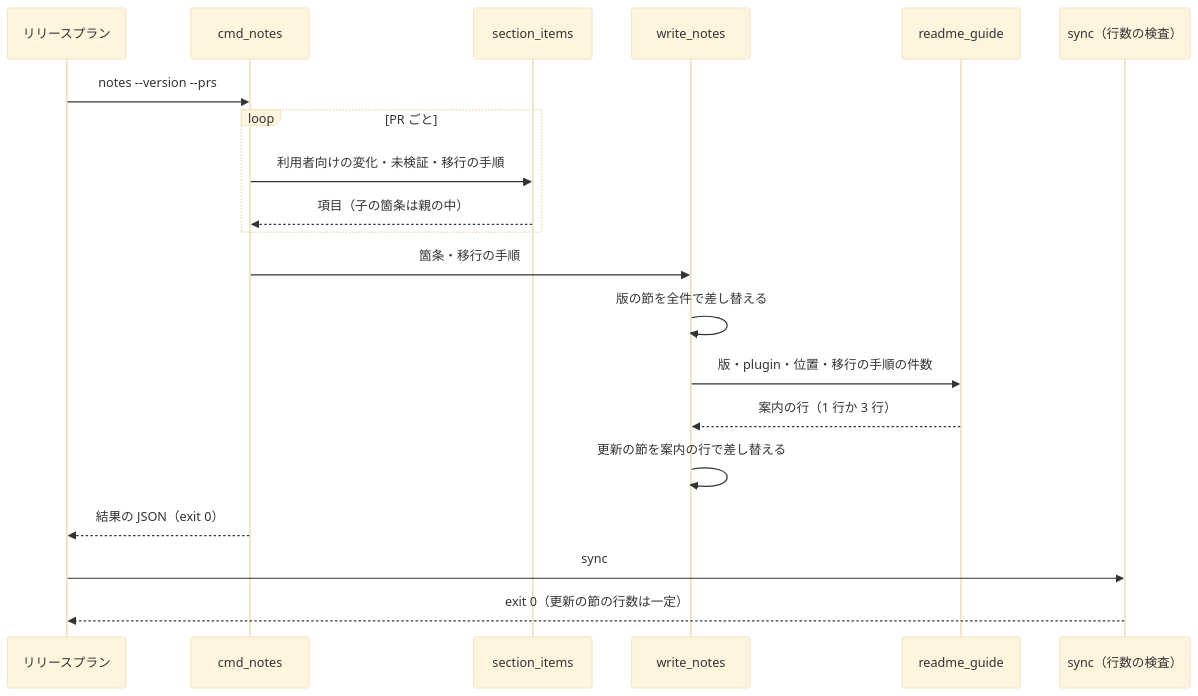
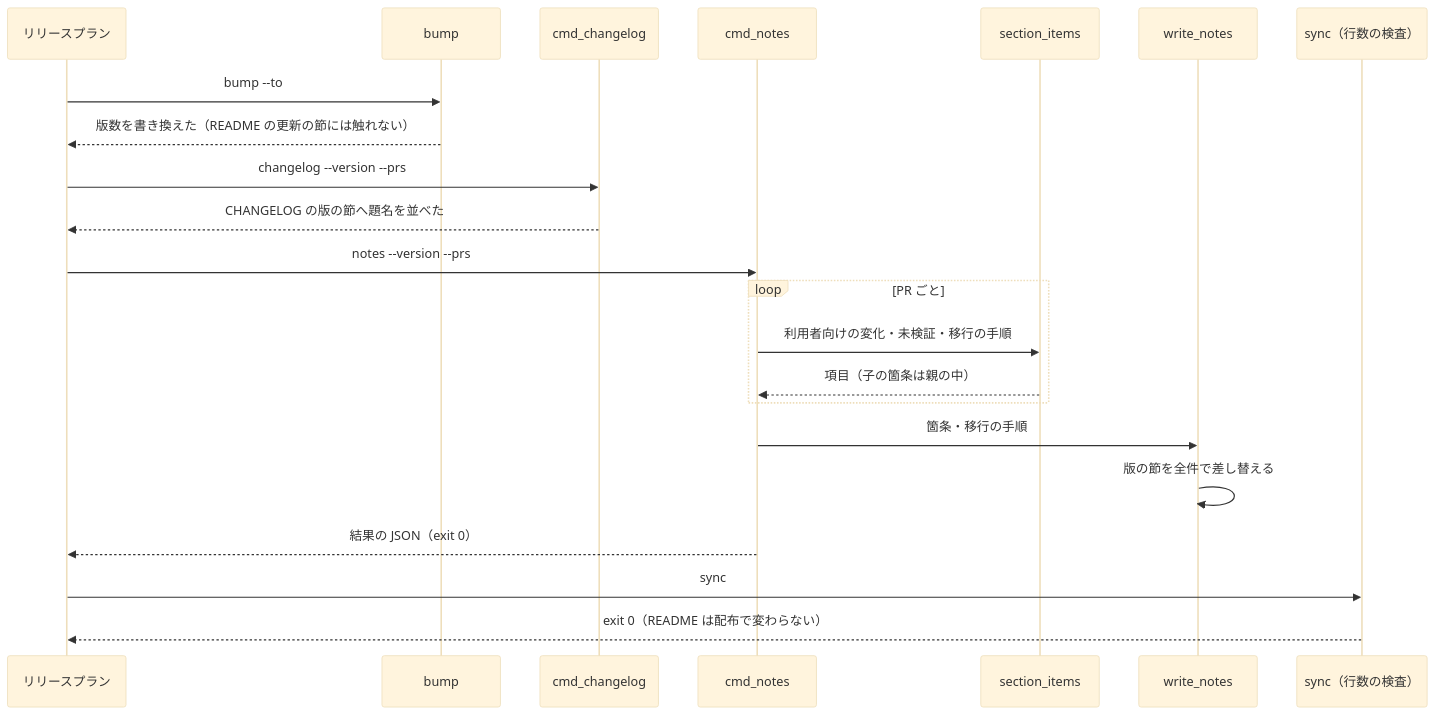
The second of 2 diagrams in issues/issue-1867-design.md (devbasex/ai-plugins), drawn with Mermaid (base theme) before and after one commit. The commit also changed other lines of this file and 3 other files, not shown here.

````diff
--- a/issues/issue-1867-design.md
+++ b/issues/issue-1867-design.md
@@ -210,22 +234,24 @@
 ```mermaid
 sequenceDiagram
   participant Plan as リリースプラン
+  participant B as bump
+  participant C as cmd_changelog
   participant N as cmd_notes
   participant S as section_items
   participant W as write_notes
-  participant G as readme_guide
   participant Chk as sync（行数の検査）
+  Plan->>B: bump --to
+  B-->>Plan: 版数を書き換えた（README の更新の節には触れない）
+  Plan->>C: changelog --version --prs
+  C-->>Plan: CHANGELOG の版の節へ題名を並べた
   Plan->>N: notes --version --prs
   loop PR ごと
     N->>S: 利用者向けの変化・未検証・移行の手順
     S-->>N: 項目（子の箇条は親の中）
   end
   N->>W: 箇条・移行の手順
   W->>W: 版の節を全件で差し替える
-  W->>G: 版・plugin・位置・移行の手順の件数
-  G-->>W: 案内の行（1 行か 3 行）
-  W->>W: 更新の節を案内の行で差し替える
   N-->>Plan: 結果の JSON（exit 0）
   Plan->>Chk: sync
-  Chk-->>Plan: exit 0（更新の節の行数は一定）
+  Chk-->>Plan: exit 0（README は配布で変わらない）
 ```
````
